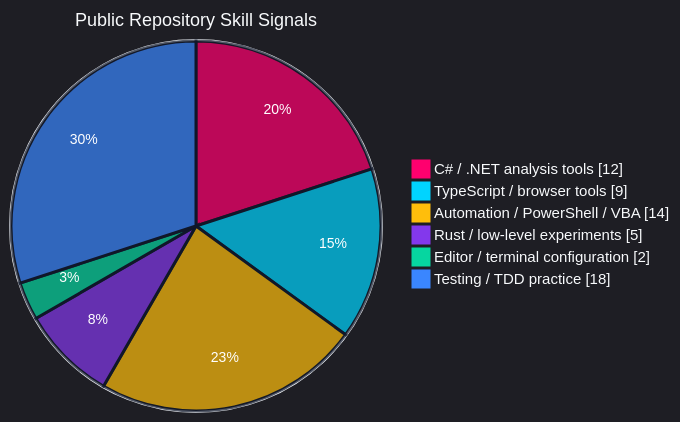
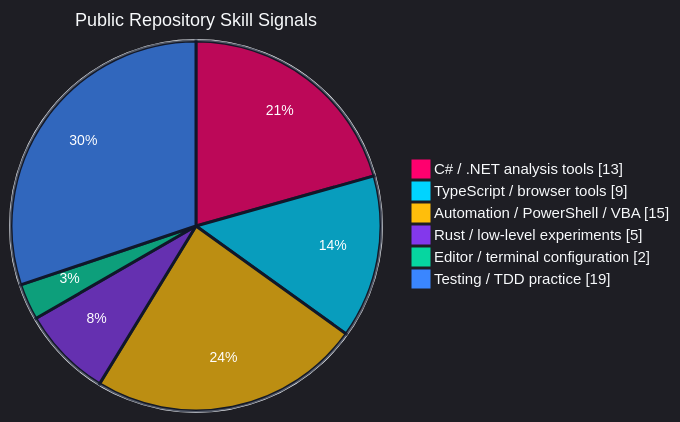
One commit to SSsan-00/SSsan-00 changed the first of 4 diagrams in README.md. Above: the diagram before and after it, drawn with Mermaid. The commit also changed other lines of this file and 2 other files, not shown here.

````diff
--- a/README.md
+++ b/README.md
@@ -44,11 +44,11 @@
 ```mermaid
 %%{init: {"theme":"dark","themeVariables":{"background":"#0f172a","mainBkg":"#0f172a","textColor":"#f8fafc","primaryTextColor":"#f8fafc","pieStrokeColor":"#0f172a","pieStrokeWidth":"3px","pieOuterStrokeColor":"#f8fafc","pieOuterStrokeWidth":"2px","pieTitleTextColor":"#f8fafc","pieTitleTextSize":"18px","pieLegendTextColor":"#f8fafc","pieLegendTextSize":"15px","pieSectionTextColor":"#ffffff","pieSectionTextSize":"14px","pie1":"#ff006e","pie2":"#00d4ff","pie3":"#ffbe0b","pie4":"#8338ec","pie5":"#06d6a0","pie6":"#3a86ff"}}}%%
 pie showData
   title Public Repository Skill Signals
-  "C# / .NET analysis tools" : 12
+  "C# / .NET analysis tools" : 13
   "TypeScript / browser tools" : 9
-  "Automation / PowerShell / VBA" : 14
+  "Automation / PowerShell / VBA" : 15
   "Rust / low-level experiments" : 5
   "Editor / terminal configuration" : 2
-  "Testing / TDD practice" : 18
+  "Testing / TDD practice" : 19
 ```
````
